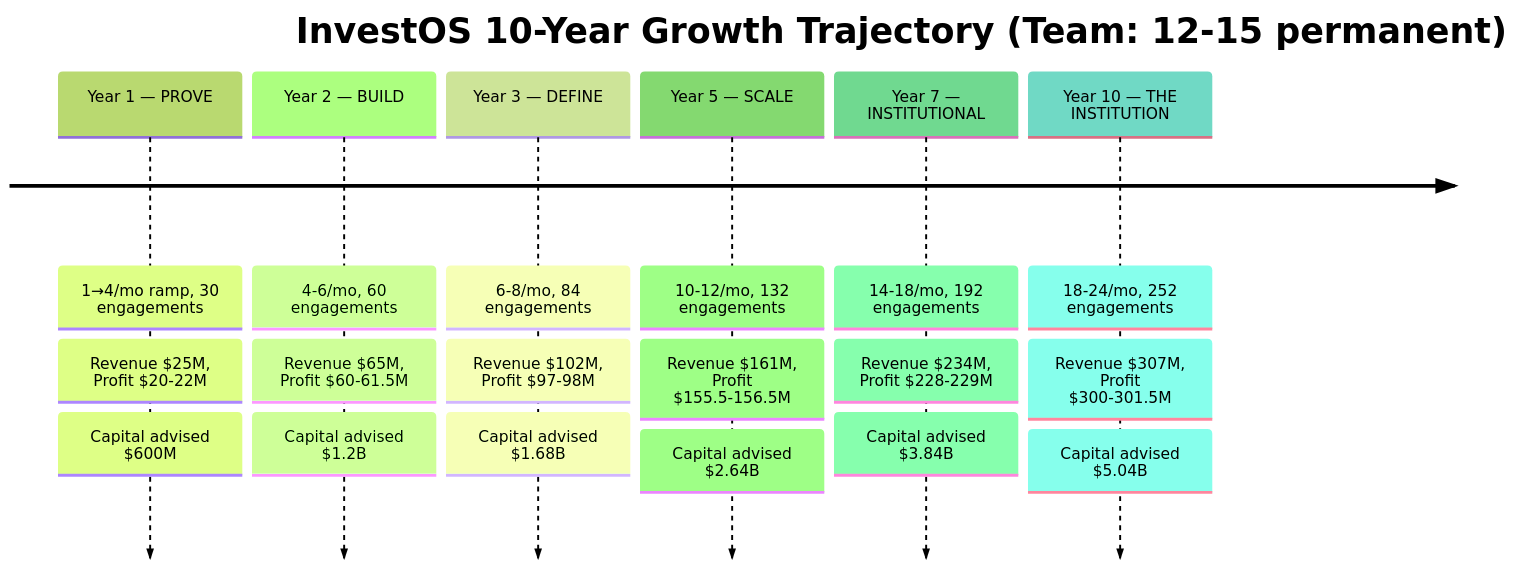
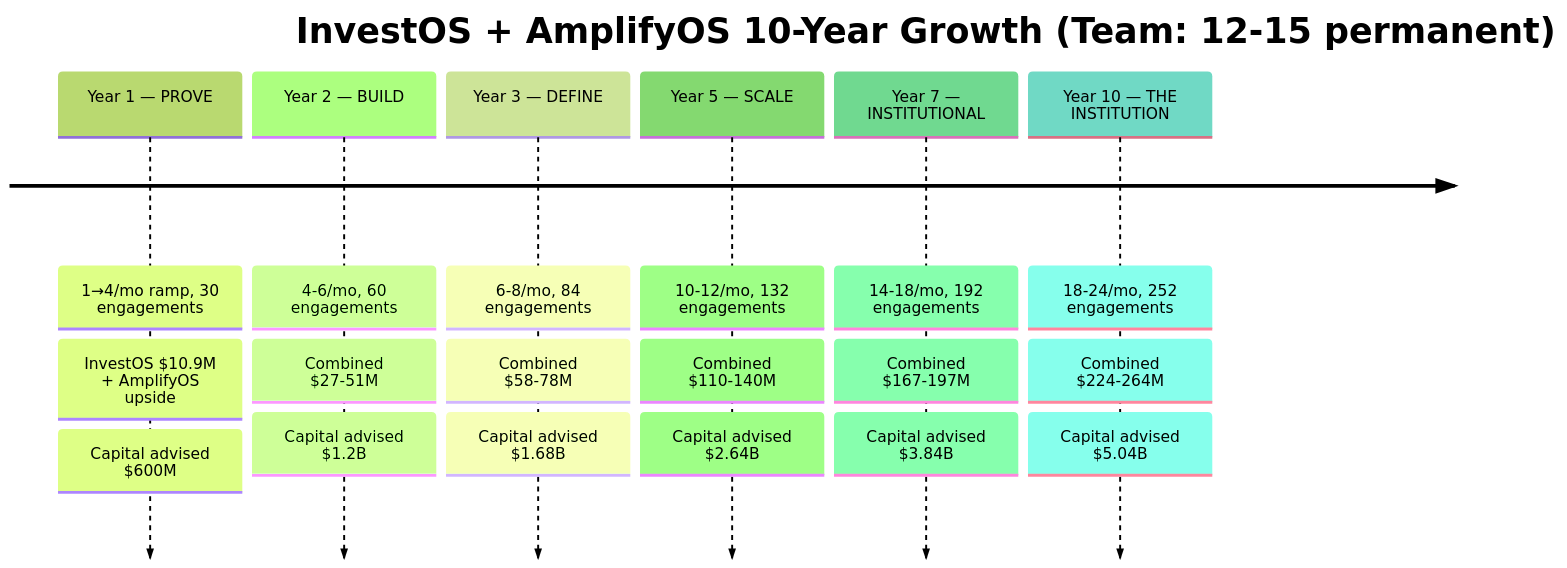
One commit to Light-Brands/qie changed the third of 4 diagrams in _bmad-output/investos-strategic-model-2026-03-05.md. Above: the diagram before and after it, drawn with Mermaid (forest theme). The commit also changed other lines of this file and 3 other files, not shown here.

First line of the commit message:
Decouple InvestOS and AmplifyOS into independent products with separate pricing

````diff
--- a/_bmad-output/investos-strategic-model-2026-03-05.md
+++ b/_bmad-output/investos-strategic-model-2026-03-05.md
@@ -468,22 +569,22 @@
 ```mermaid
 timeline
-    title InvestOS 10-Year Growth Trajectory (Team: 12-15 permanent)
+    title InvestOS + AmplifyOS 10-Year Growth (Team: 12-15 permanent)
     Year 1 — PROVE : 1→4/mo ramp, 30 engagements
-                    : Revenue $25M, Profit $20-22M
+                    : InvestOS $10.9M + AmplifyOS upside
                     : Capital advised $600M
     Year 2 — BUILD : 4-6/mo, 60 engagements
-                   : Revenue $65M, Profit $60-61.5M
+                   : Combined $27-51M
                    : Capital advised $1.2B
     Year 3 — DEFINE : 6-8/mo, 84 engagements
-                    : Revenue $102M, Profit $97-98M
+                    : Combined $58-78M
                     : Capital advised $1.68B
     Year 5 — SCALE : 10-12/mo, 132 engagements
-                   : Revenue $161M, Profit $155.5-156.5M
+                   : Combined $110-140M
                    : Capital advised $2.64B
     Year 7 — INSTITUTIONAL : 14-18/mo, 192 engagements
-                           : Revenue $234M, Profit $228-229M
+                           : Combined $167-197M
                            : Capital advised $3.84B
     Year 10 — THE INSTITUTION : 18-24/mo, 252 engagements
-                              : Revenue $307M, Profit $300-301.5M
+                              : Combined $224-264M
                               : Capital advised $5.04B
 ```
````
